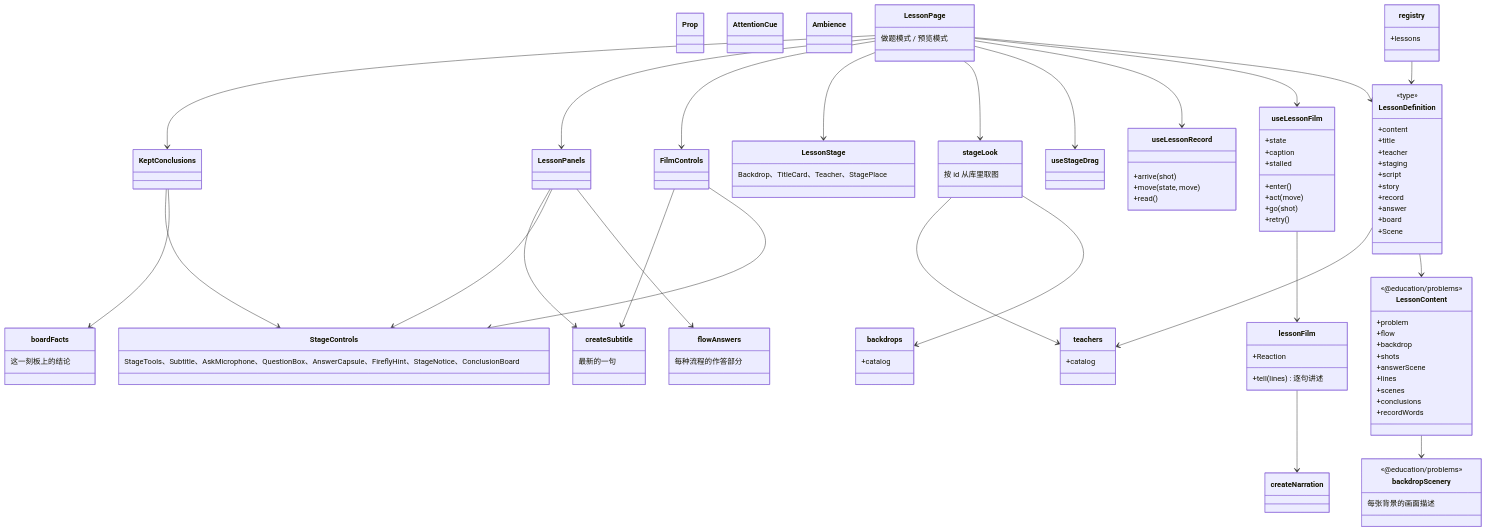
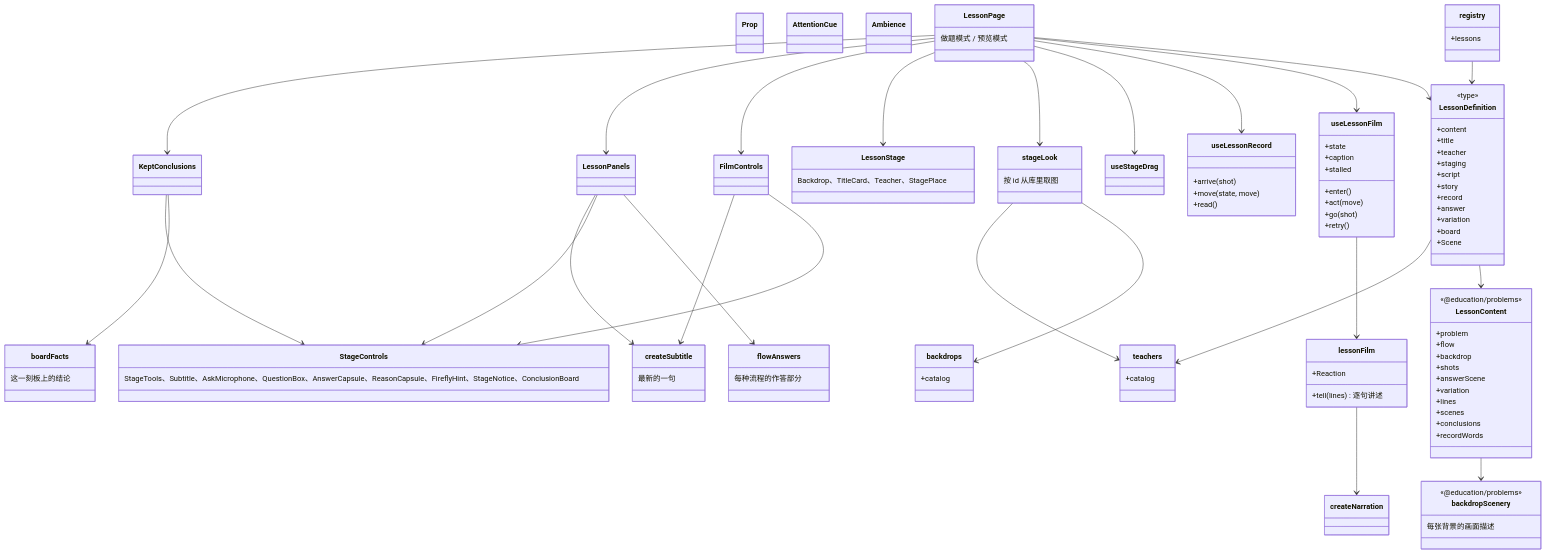
One commit to juanchaopan/education changed the second of 2 diagrams in docs/design/lesson-kit.md. Above: the diagram before and after it, drawn with Mermaid. The commit also changed other lines of this file and 218 other files, not shown here.

```diff
--- a/docs/design/lesson-kit.md
+++ b/docs/design/lesson-kit.md
@@ -78,6 +78,7 @@
     +backdrop
     +shots
     +answerScene
+    +variation
     +lines
     +scenes
     +conclusions
@@ -97,6 +98,7 @@
     +story
     +record
     +answer
+    +variation
     +board
     +Scene
   }
@@ -123,7 +125,7 @@
     Backdrop、TitleCard、Teacher、StagePlace
   }
   class StageControls {
-    StageTools、Subtitle、AskMicrophone、QuestionBox、AnswerCapsule、FireflyHint、StageNotice、ConclusionBoard
+    StageTools、Subtitle、AskMicrophone、QuestionBox、AnswerCapsule、ReasonCapsule、FireflyHint、StageNotice、ConclusionBoard
   }
   class Prop
   class AttentionCue
```
